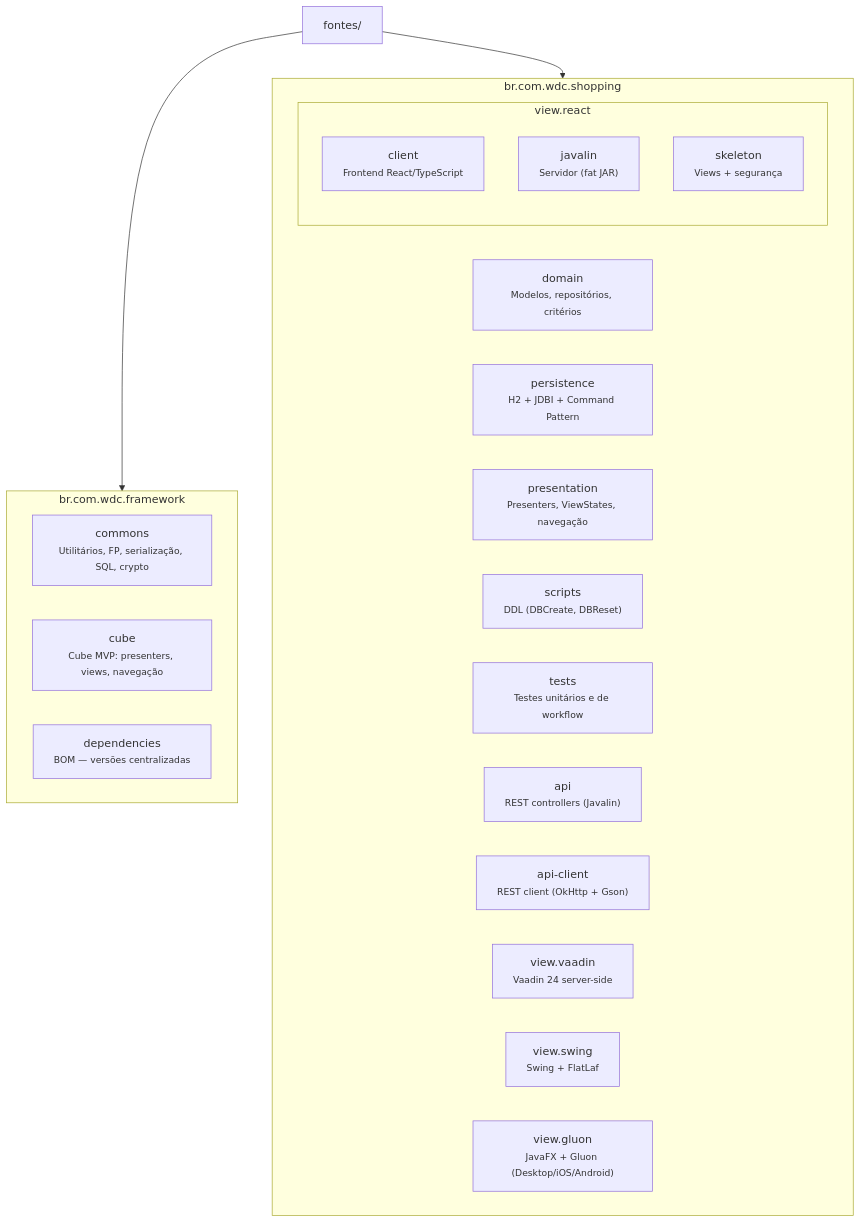
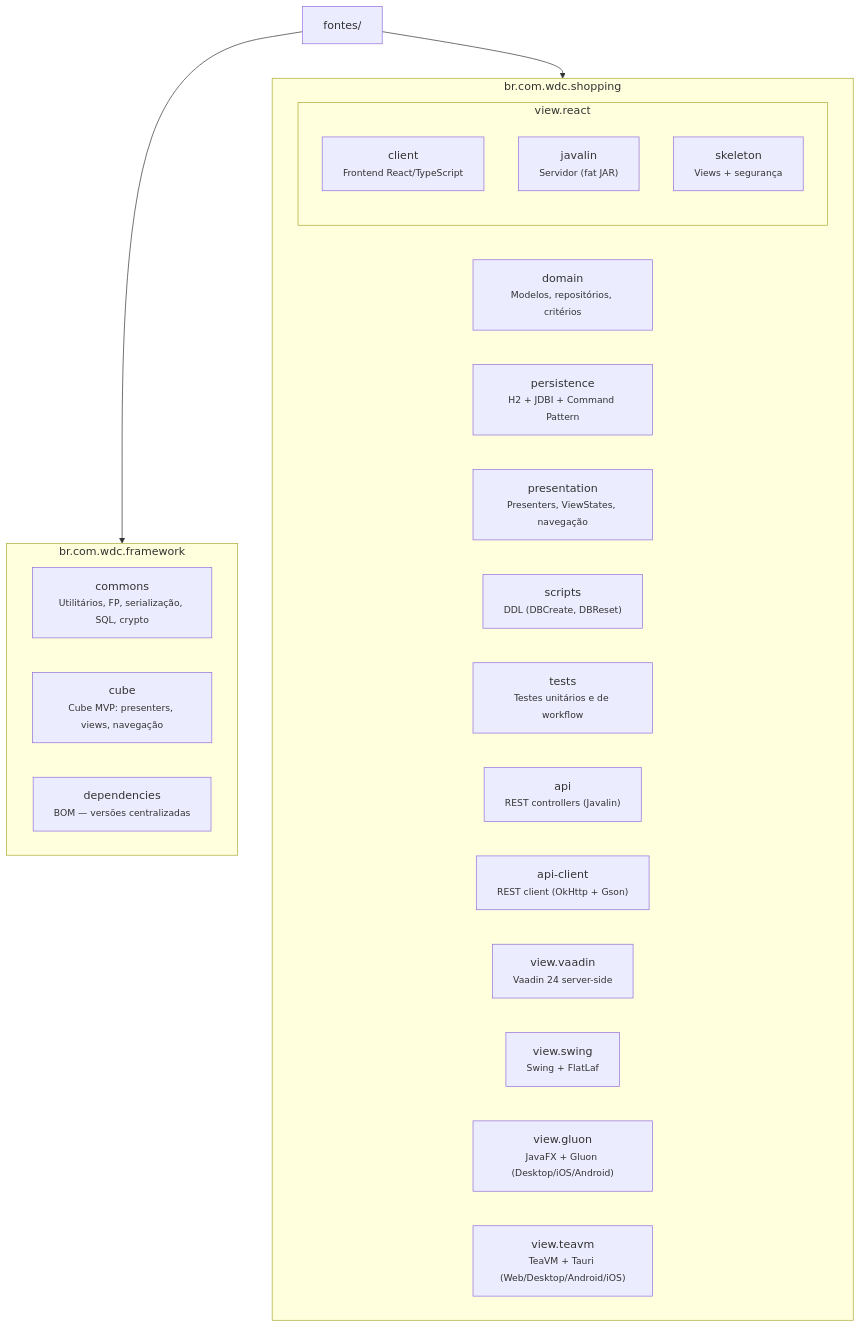
The second of 3 diagrams in README.md (mrcdom/wdc-cube-java-v2), drawn with Mermaid before and after one commit. The commit also changed other lines of this file and 3 other files, not shown here.

Commit message:
docs: incluir view.teavm nos READMEs que listam tecnologias de frontend

````diff
--- a/README.md
+++ b/README.md
@@ -52,33 +55,34 @@
 ```mermaid
 graph TD
     fontes["fontes/"]
 
     subgraph Framework["br.com.wdc.framework"]
         commons["commons<br/><small>Utilitários, FP, serialização, SQL, crypto</small>"]
         cube["cube<br/><small>Cube MVP: presenters, views, navegação</small>"]
         deps["dependencies<br/><small>BOM — versões centralizadas</small>"]
     end
 
     subgraph Shopping["br.com.wdc.shopping"]
         domain["domain<br/><small>Modelos, repositórios, critérios</small>"]
         persistence["persistence<br/><small>H2 + JDBI + Command Pattern</small>"]
         presentation["presentation<br/><small>Presenters, ViewStates, navegação</small>"]
         scripts["scripts<br/><small>DDL (DBCreate, DBReset)</small>"]
         tests["tests<br/><small>Testes unitários e de workflow</small>"]
         api["api<br/><small>REST controllers (Javalin)</small>"]
         apiClient["api-client<br/><small>REST client (OkHttp + Gson)</small>"]
 
         subgraph ViewReact["view.react"]
             reactClient["client<br/><small>Frontend React/TypeScript</small>"]
             reactJavalin["javalin<br/><small>Servidor (fat JAR)</small>"]
             reactSkeleton["skeleton<br/><small>Views + segurança</small>"]
         end
 
         viewVaadin["view.vaadin<br/><small>Vaadin 24 server-side</small>"]
         viewSwing["view.swing<br/><small>Swing + FlatLaf</small>"]
         viewGluon["view.gluon<br/><small>JavaFX + Gluon (Desktop/iOS/Android)</small>"]
+        viewTeavm["view.teavm<br/><small>TeaVM + Tauri (Web/Desktop/Android/iOS)</small>"]
     end
 
     fontes --> Framework
     fontes --> Shopping
 ```
````
